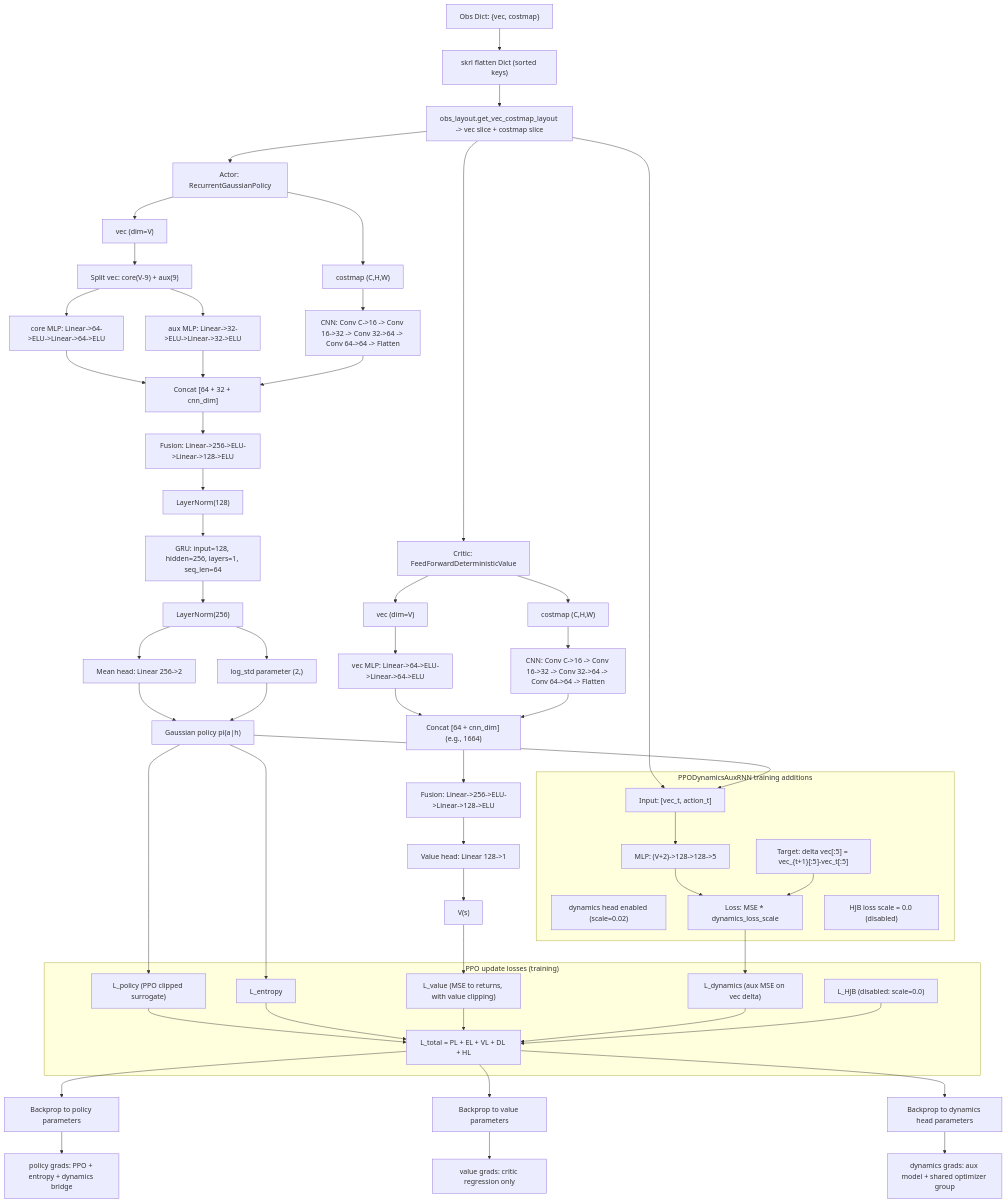
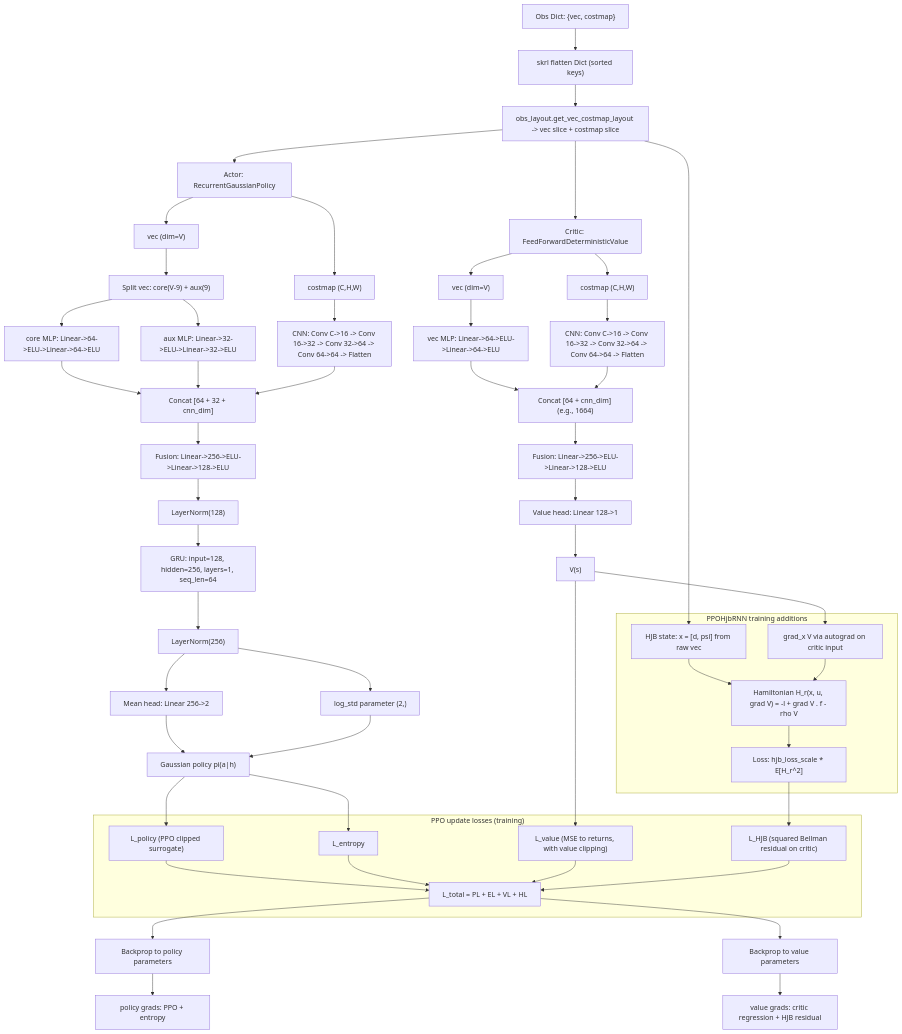
Before and after one commit to ulanpy/pirl: the diagram in projects/pirl/docs/ppo_aux_architecture_graph.md, drawn with Mermaid. The commit also changed other lines of this file and 13 other files, not shown here.

Commit message:
feat: hjb under optimal control & removed dyn head

````diff
--- a/projects/pirl/docs/ppo_aux_architecture_graph.md
+++ b/projects/pirl/docs/ppo_aux_architecture_graph.md
@@ -45,47 +45,42 @@
     CF --> VH["Value head: Linear 128->1"]
     VH --> VOUT["V(s)"]
 
-    %% ===================== AUX LOSSES IN AGENT =====================
-    subgraph AUX["PPODynamicsAuxRNN training additions"]
-        D0["dynamics head enabled (scale=0.02)"]
-        D1["Input: [vec_t, action_t]"]
-        D2["MLP: (V+2)->128->128->5"]
-        D3["Target: delta vec[:5] = vec_{t+1}[:5]-vec_t[:5]"]
-        D4["Loss: MSE * dynamics_loss_scale"]
-        H0["HJB loss scale = 0.0 (disabled)"]
+    %% ===================== HJB BRANCH IN AGENT =====================
+    subgraph HJB["PPOHjbRNN training additions"]
+        H1["HJB state: x = [d, psi] from raw vec"]
+        H2["grad_x V via autograd on critic input"]
+        H3["Hamiltonian H_r(x, u, grad V) = -l + grad V . f - rho V"]
+        H4["Loss: hjb_loss_scale * E[H_r^2]"]
     end
 
-    L --> D1
-    API --> D1
-    D1 --> D2 --> D4
-    D3 --> D4
+    L --> H1
+    VOUT --> H2
+    H1 --> H3
+    H2 --> H3
+    H3 --> H4
 
     %% ===================== LOSSES & GRADIENT FLOW =====================
     subgraph LOSSES["PPO update losses (training)"]
         PL["L_policy (PPO clipped surrogate)"]
         EL["L_entropy"]
         VL["L_value (MSE to returns, with value clipping)"]
-        DL["L_dynamics (aux MSE on vec delta)"]
-        HL["L_HJB (disabled: scale=0.0)"]
-        TL["L_total = PL + EL + VL + DL + HL"]
+        HL["L_HJB (squared Bellman residual on critic)"]
+        TL["L_total = PL + EL + VL + HL"]
     end
 
     API --> PL
     API --> EL
     VOUT --> VL
-    D4 --> DL
+    H4 --> HL
 
     PL --> TL
     EL --> TL
     VL --> TL
-    DL --> TL
     HL --> TL
 
     TL --> GP["Backprop to policy parameters"]
     TL --> GV["Backprop to value parameters"]
-    TL --> GD["Backprop to dynamics head parameters"]
 
-    GP --> NOTE1["policy grads: PPO + entropy + dynamics bridge"]
-    GV --> NOTE2["value grads: critic regression only"]
-    GD --> NOTE3["dynamics grads: aux model + shared optimizer group"]
+    GP --> NOTE1["policy grads: PPO + entropy"]
+    GV --> NOTE2["value grads: critic regression + HJB residual"]
 ```
````
